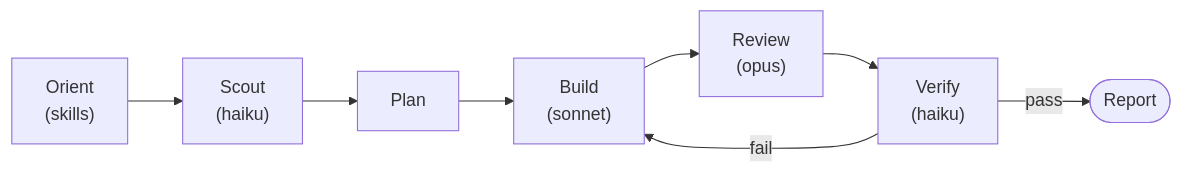
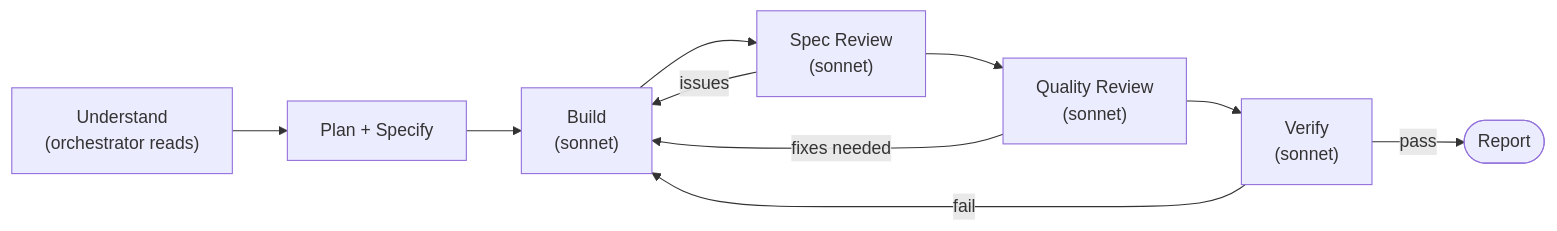
The fourth of 5 diagrams in README.md (itsmeboris/Golem), drawn with Mermaid before and after one commit. The commit also changed other lines of this file, not shown here.

First line of the commit message:
docs: update README for new orchestrator workflow

````diff
--- a/README.md
+++ b/README.md
@@ -243,10 +243,12 @@
 ```mermaid
 flowchart LR
-    O["Orient<br/>(skills)"] --> S["Scout<br/>(haiku)"]
-    S --> P["Plan"]
+    U["Understand<br/>(orchestrator reads)"] --> P["Plan + Specify"]
     P --> B["Build<br/>(sonnet)"]
-    B --> R["Review<br/>(opus)"]
-    R --> V["Verify<br/>(haiku)"]
+    B --> SR["Spec Review<br/>(sonnet)"]
+    SR --> QR["Quality Review<br/>(sonnet)"]
+    QR --> V["Verify<br/>(sonnet)"]
     V -- "fail" --> B
     V -- "pass" --> Done(["Report"])
+    SR -- "issues" --> B
+    QR -- "fixes needed" --> B
 ```
````
